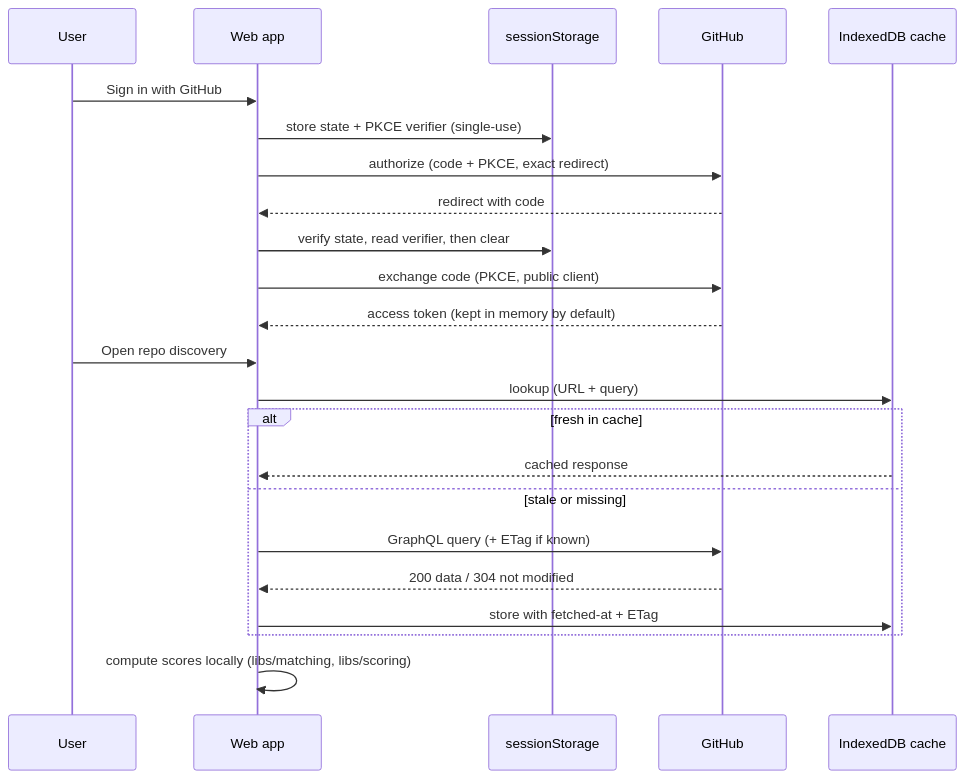
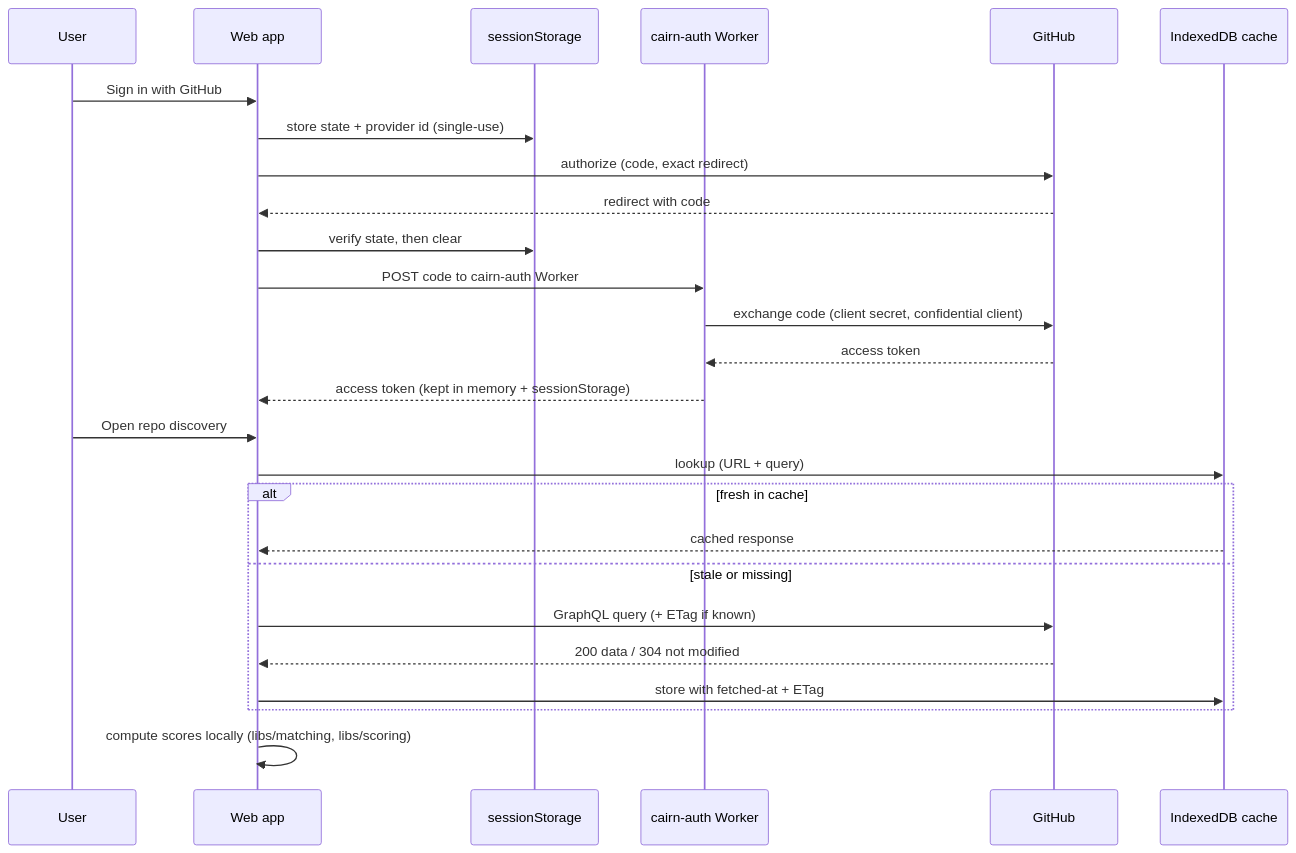
The third of 7 diagrams in ARCHITECTURE.md (MahmoudNasserGouda/cairn), drawn with Mermaid before and after one commit. The commit also changed other lines of this file and 45 other files, not shown here.

````diff
--- a/ARCHITECTURE.md
+++ b/ARCHITECTURE.md
@@ -145,26 +145,29 @@
 ```mermaid
 sequenceDiagram
     participant U as User
     participant App as Web app
     participant SS as sessionStorage
+    participant W as cairn-auth Worker
     participant GH as GitHub
     participant Cache as IndexedDB cache
 
     U->>App: Sign in with GitHub
-    App->>SS: store state + PKCE verifier (single-use)
-    App->>GH: authorize (code + PKCE, exact redirect)
+    App->>SS: store state + provider id (single-use)
+    App->>GH: authorize (code, exact redirect)
     GH-->>App: redirect with code
-    App->>SS: verify state, read verifier, then clear
-    App->>GH: exchange code (PKCE, public client)
-    GH-->>App: access token (kept in memory by default)
+    App->>SS: verify state, then clear
+    App->>W: POST code to cairn-auth Worker
+    W->>GH: exchange code (client secret, confidential client)
+    GH-->>W: access token
+    W-->>App: access token (kept in memory + sessionStorage)
     U->>App: Open repo discovery
     App->>Cache: lookup (URL + query)
     alt fresh in cache
         Cache-->>App: cached response
     else stale or missing
         App->>GH: GraphQL query (+ ETag if known)
         GH-->>App: 200 data  /  304 not modified
         App->>Cache: store with fetched-at + ETag
     end
     App->>App: compute scores locally (libs/matching, libs/scoring)
 ```
````
